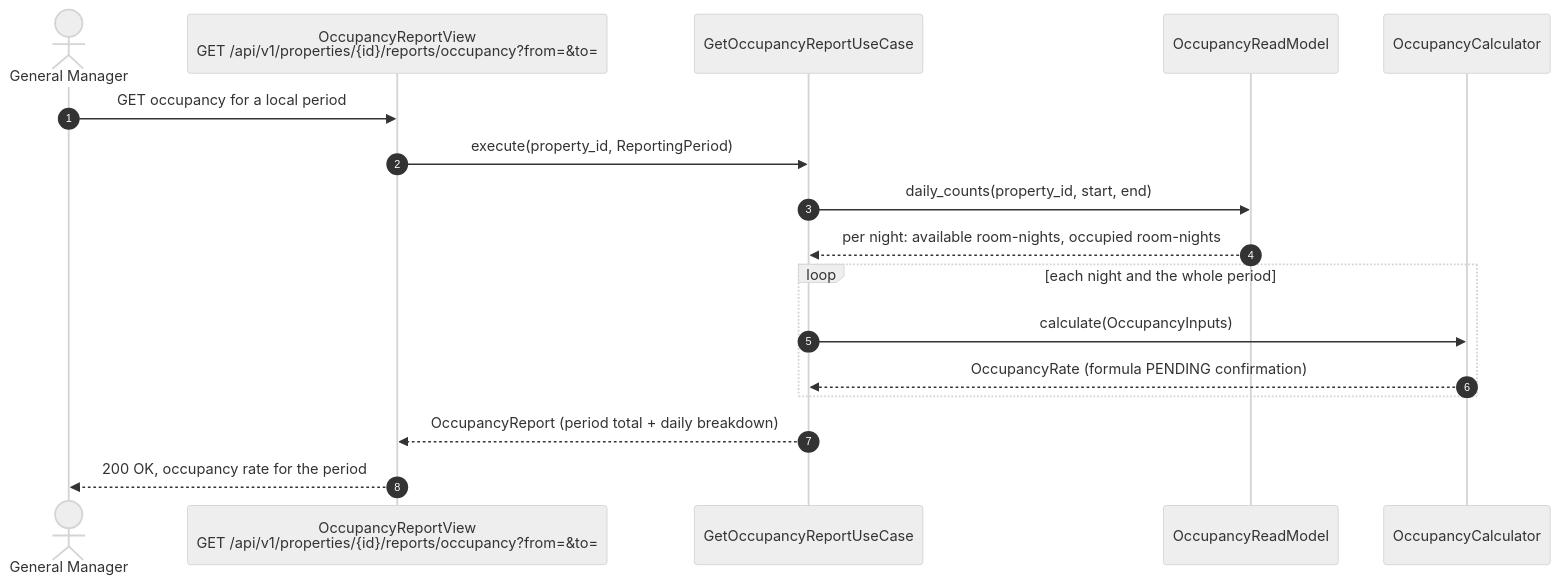
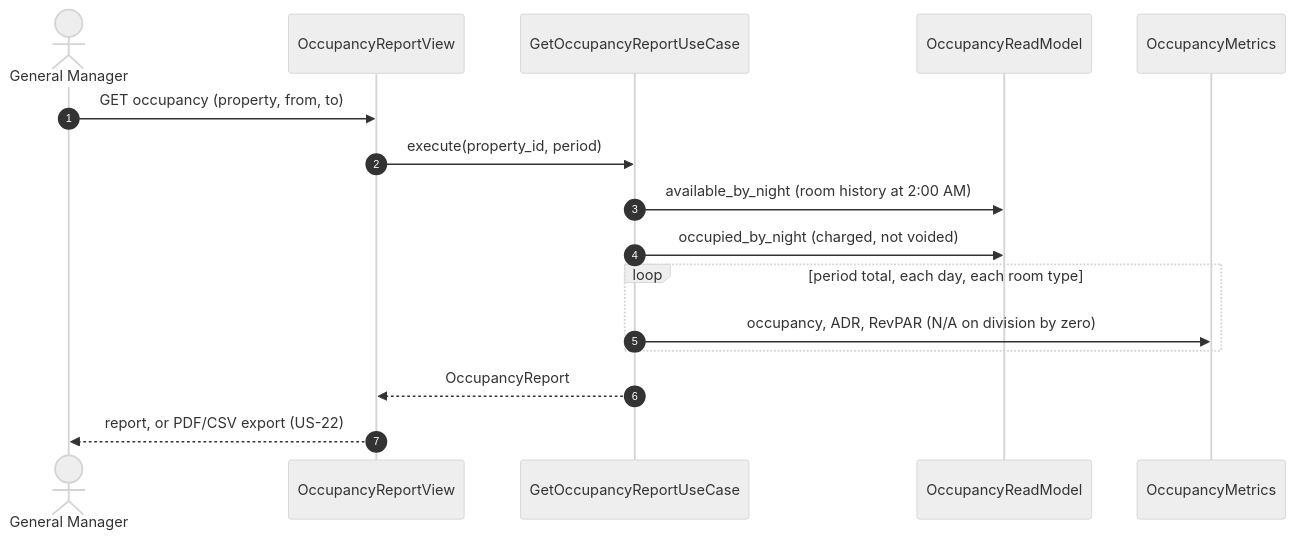
The third of 3 diagrams in docs/Initial Requirements/Diagrams/US-23 - Occupancy Reporting.md (BraceroInSabot/Motel-Starmie), drawn with Mermaid (neutral theme) before and after one commit. The commit also changed other lines of this file and 51 other files, not shown here.

````diff
--- a/docs/Initial Requirements/Diagrams/US-23 - Occupancy Reporting.md
+++ b/docs/Initial Requirements/Diagrams/US-23 - Occupancy Reporting.md
@@ -161,20 +161,19 @@
 ```mermaid
 sequenceDiagram
     autonumber
     actor GM as General Manager
-    participant View as OccupancyReportView<br/>GET /api/v1/properties/{id}/reports/occupancy?from=&to=
+    participant View as OccupancyReportView
     participant UC as GetOccupancyReportUseCase
     participant RM as OccupancyReadModel
-    participant Calc as OccupancyCalculator
+    participant Metrics as OccupancyMetrics
 
-    GM->>View: GET occupancy for a local period
-    View->>UC: execute(property_id, ReportingPeriod)
-    UC->>RM: daily_counts(property_id, start, end)
-    RM-->>UC: per night: available room-nights, occupied room-nights
-    loop each night and the whole period
-        UC->>Calc: calculate(OccupancyInputs)
-        Calc-->>UC: OccupancyRate (formula PENDING confirmation)
+    GM->>View: GET occupancy (property, from, to)
+    View->>UC: execute(property_id, period)
+    UC->>RM: available_by_night (room history at 2:00 AM)
+    UC->>RM: occupied_by_night (charged, not voided)
+    loop period total, each day, each room type
+        UC->>Metrics: occupancy, ADR, RevPAR (N/A on division by zero)
     end
-    UC-->>View: OccupancyReport (period total + daily breakdown)
-    View-->>GM: 200 OK, occupancy rate for the period
+    UC-->>View: OccupancyReport
+    View-->>GM: report, or PDF/CSV export (US-22)
 ```
````
